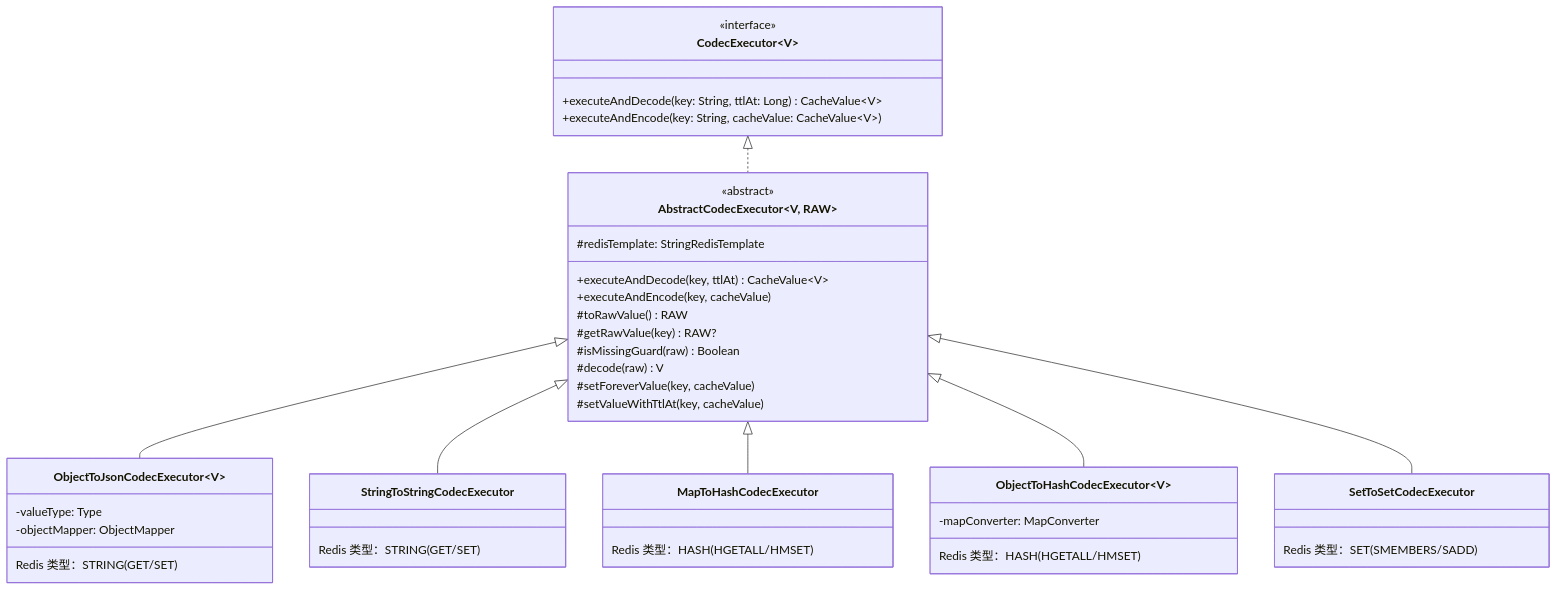
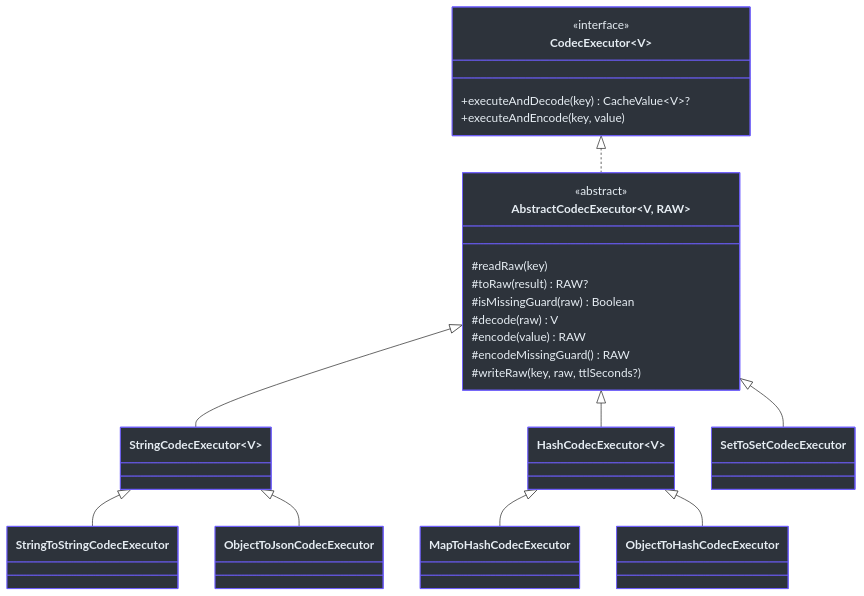
Before and after one commit to Ahoo-Wang/CoCache: the third of 3 diagrams in wiki/zh/modules/cocache-spring-redis.md, drawn with Mermaid. The commit also changed other lines of this file and 74 other files, not shown here.

First line of the commit message:
docs: align docs, wiki and skills with the 5.0 architecture

````diff
--- a/wiki/zh/modules/cocache-spring-redis.md
+++ b/wiki/zh/modules/cocache-spring-redis.md
@@ -188,51 +93,38 @@
 ```mermaid
 classDiagram
     class CodecExecutor~V~ {
         <<interface>>
-        +executeAndDecode(key: String, ttlAt: Long) CacheValue~V~
-        +executeAndEncode(key: String, cacheValue: CacheValue~V~)
+        +executeAndDecode(key) CacheValue~V~?
+        +executeAndEncode(key, value)
     }
-
     class AbstractCodecExecutor~V, RAW~ {
         <<abstract>>
-        #redisTemplate: StringRedisTemplate
-        +executeAndDecode(key, ttlAt) CacheValue~V~
-        +executeAndEncode(key, cacheValue)
-        #toRawValue() RAW
-        #getRawValue(key) RAW?
+        #readRaw(key)
+        #toRaw(result) RAW?
         #isMissingGuard(raw) Boolean
         #decode(raw) V
-        #setForeverValue(key, cacheValue)
-        #setValueWithTtlAt(key, cacheValue)
+        #encode(value) RAW
+        #encodeMissingGuard() RAW
+        #writeRaw(key, raw, ttlSeconds?)
     }
+    class StringCodecExecutor~V~
+    class HashCodecExecutor~V~
+    CodecExecutor <|.. AbstractCodecExecutor
+    AbstractCodecExecutor <|-- StringCodecExecutor
+    AbstractCodecExecutor <|-- HashCodecExecutor
+    AbstractCodecExecutor <|-- SetToSetCodecExecutor
+    StringCodecExecutor <|-- StringToStringCodecExecutor
+    StringCodecExecutor <|-- ObjectToJsonCodecExecutor
+    HashCodecExecutor <|-- MapToHashCodecExecutor
+    HashCodecExecutor <|-- ObjectToHashCodecExecutor
 
-    class ObjectToJsonCodecExecutor~V~ {
-        -valueType: Type
-        -objectMapper: ObjectMapper
-        Redis 类型：STRING (GET/SET)
-    }
-
-    class StringToStringCodecExecutor {
-        Redis 类型：STRING (GET/SET)
-    }
-
-    class MapToHashCodecExecutor {
-        Redis 类型：HASH (HGETALL/HMSET)
-    }
-
-    class ObjectToHashCodecExecutor~V~ {
-        -mapConverter: MapConverter
-        Redis 类型：HASH (HGETALL/HMSET)
-    }
-
-    class SetToSetCodecExecutor {
-        Redis 类型：SET (SMEMBERS/SADD)
-    }
-
-    CodecExecutor <|.. AbstractCodecExecutor
-    AbstractCodecExecutor <|-- ObjectToJsonCodecExecutor
-    AbstractCodecExecutor <|-- StringToStringCodecExecutor
-    AbstractCodecExecutor <|-- MapToHashCodecExecutor
-    AbstractCodecExecutor <|-- ObjectToHashCodecExecutor
-    AbstractCodecExecutor <|-- SetToSetCodecExecutor
+    style CodecExecutor fill:#2d333b,stroke:#6d5dfc,color:#e6edf3
+    style AbstractCodecExecutor fill:#2d333b,stroke:#6d5dfc,color:#e6edf3
+    style StringCodecExecutor fill:#2d333b,stroke:#6d5dfc,color:#e6edf3
+    style HashCodecExecutor fill:#2d333b,stroke:#6d5dfc,color:#e6edf3
+    style SetToSetCodecExecutor fill:#2d333b,stroke:#6d5dfc,color:#e6edf3
+    style StringToStringCodecExecutor fill:#2d333b,stroke:#6d5dfc,color:#e6edf3
+    style ObjectToJsonCodecExecutor fill:#2d333b,stroke:#6d5dfc,color:#e6edf3
+    style MapToHashCodecExecutor fill:#2d333b,stroke:#6d5dfc,color:#e6edf3
+    style ObjectToHashCodecExecutor fill:#2d333b,stroke:#6d5dfc,color:#e6edf3
 ```
````
